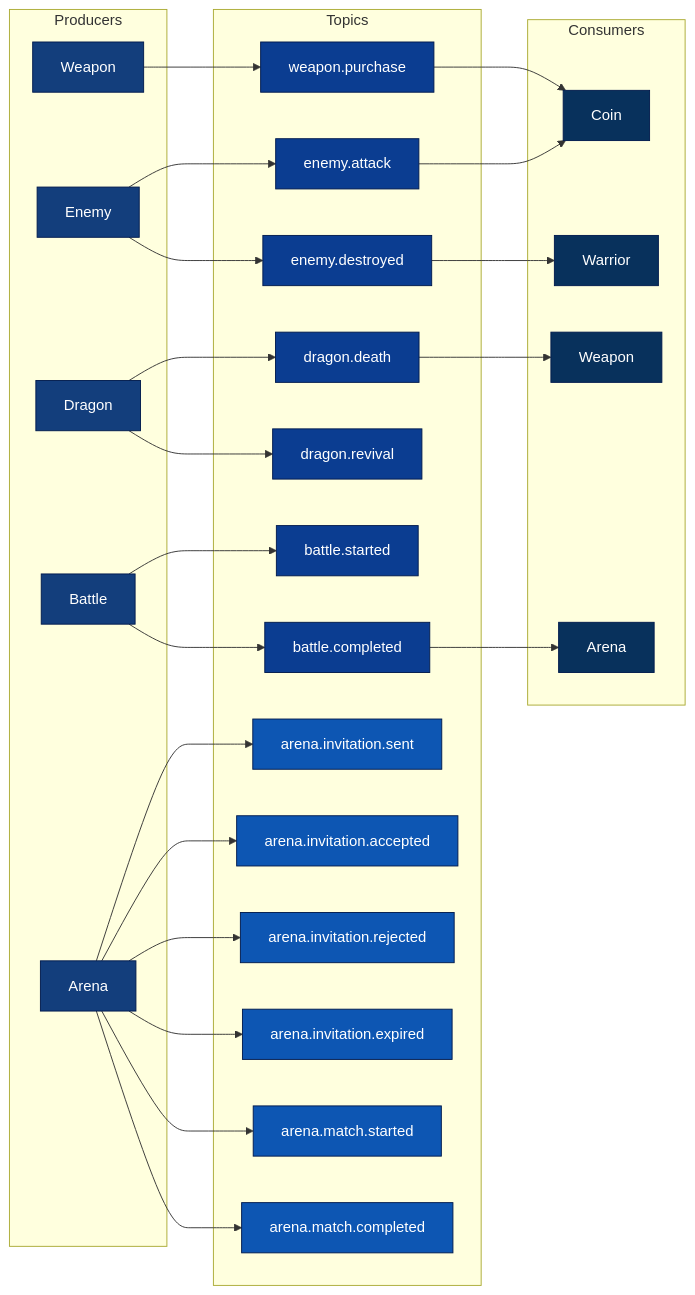
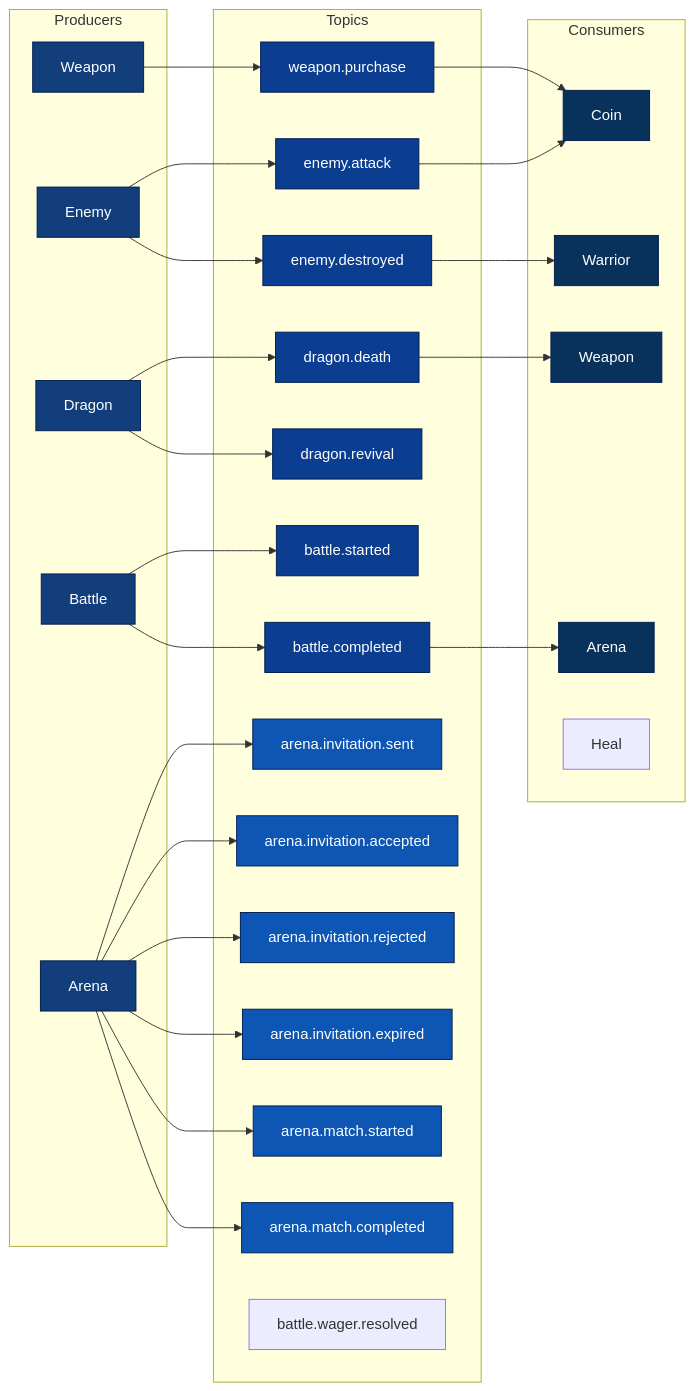
One commit to tiraten-bot/network-sec-micro changed the eighth of 29 diagrams in README.md. Above: the diagram before and after it, drawn with Mermaid. The commit also changed other lines of this file, not shown here.

Commit message:
Update README.md to include new style for node H and additional node C5 in workflow diagrams

````diff
--- a/README.md
+++ b/README.md
@@ -481,76 +482,78 @@
 ```mermaid
 graph LR
     subgraph Topics
         T1[weapon.purchase]
         T2[enemy.attack]
         T3[dragon.death]
         T4[enemy.destroyed]
         T5[dragon.revival]
         T6[battle.started]
         T7[battle.completed]
         T8[arena.invitation.sent]
         T9[arena.invitation.accepted]
         T10[arena.invitation.rejected]
         T11[arena.invitation.expired]
         T12[arena.match.started]
         T13[arena.match.completed]
+        T14[battle.wager.resolved]
     end
 
     subgraph Producers
         P1[Weapon]
         P2[Enemy]
         P3[Dragon]
         P4[Battle]
         P5[Arena]
     end
 
     subgraph Consumers
         C1[Coin]
         C2[Weapon]
         C3[Warrior]
         C4[Arena]
+        C5[Heal]
     end
 
     P1 --> T1
     P2 --> T2
     P3 --> T3
     P2 --> T4
     P3 --> T5
     P4 --> T6
     P4 --> T7
     P5 --> T8
     P5 --> T9
     P5 --> T10
     P5 --> T11
     P5 --> T12
     P5 --> T13
 
     T1 --> C1
     T2 --> C1
     T3 --> C2
     T4 --> C3
     T7 --> C4
 
     style T1 fill:#0b3d91,stroke:#001a4d,color:#ffffff
     style T2 fill:#0b3d91,stroke:#001a4d,color:#ffffff
     style T3 fill:#0b3d91,stroke:#001a4d,color:#ffffff
     style T4 fill:#0b3d91,stroke:#001a4d,color:#ffffff
     style T5 fill:#0b3d91,stroke:#001a4d,color:#ffffff
     style T6 fill:#0b3d91,stroke:#001a4d,color:#ffffff
     style T7 fill:#0b3d91,stroke:#001a4d,color:#ffffff
     style T8 fill:#0d56b3,stroke:#001a4d,color:#ffffff
     style T9 fill:#0d56b3,stroke:#001a4d,color:#ffffff
     style T10 fill:#0d56b3,stroke:#001a4d,color:#ffffff
     style T11 fill:#0d56b3,stroke:#001a4d,color:#ffffff
     style T12 fill:#0d56b3,stroke:#001a4d,color:#ffffff
     style T13 fill:#0d56b3,stroke:#001a4d,color:#ffffff
     style P1 fill:#133e7c,stroke:#001a4d,color:#ffffff
     style P2 fill:#133e7c,stroke:#001a4d,color:#ffffff
     style P3 fill:#133e7c,stroke:#001a4d,color:#ffffff
     style P4 fill:#133e7c,stroke:#001a4d,color:#ffffff
     style P5 fill:#133e7c,stroke:#001a4d,color:#ffffff
     style C1 fill:#08315c,stroke:#001a4d,color:#ffffff
     style C2 fill:#08315c,stroke:#001a4d,color:#ffffff
     style C3 fill:#08315c,stroke:#001a4d,color:#ffffff
     style C4 fill:#08315c,stroke:#001a4d,color:#ffffff
 ```
````
